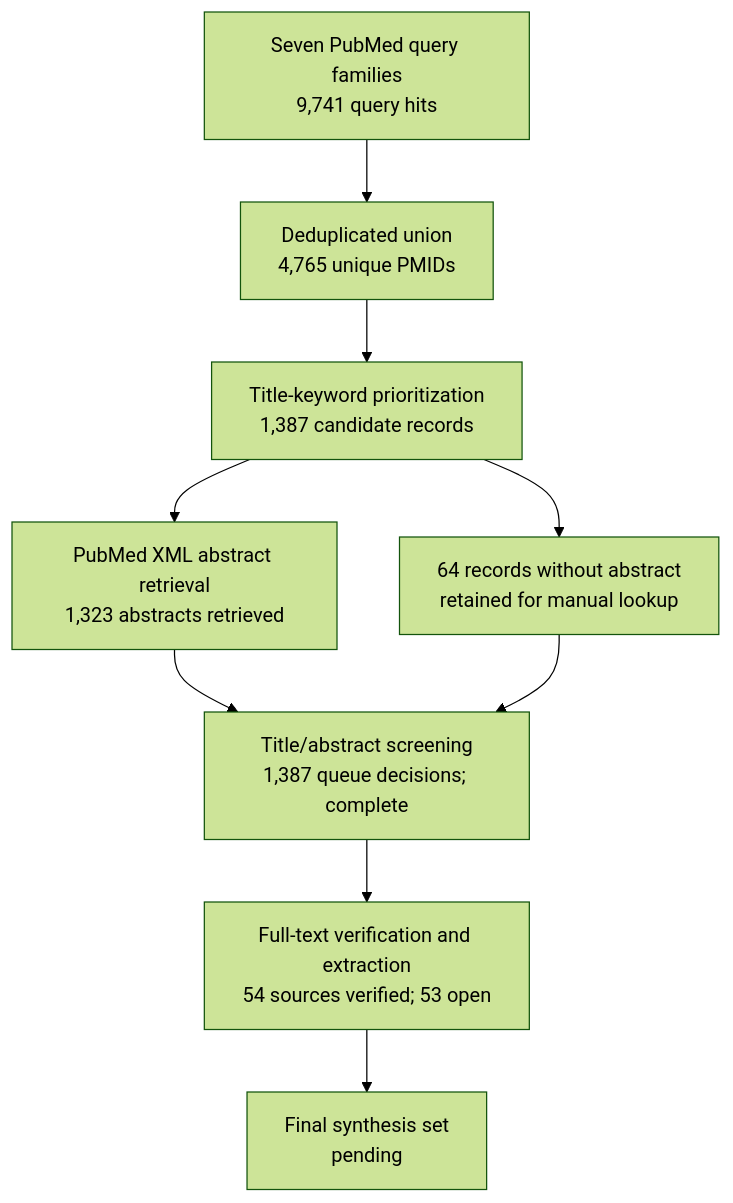
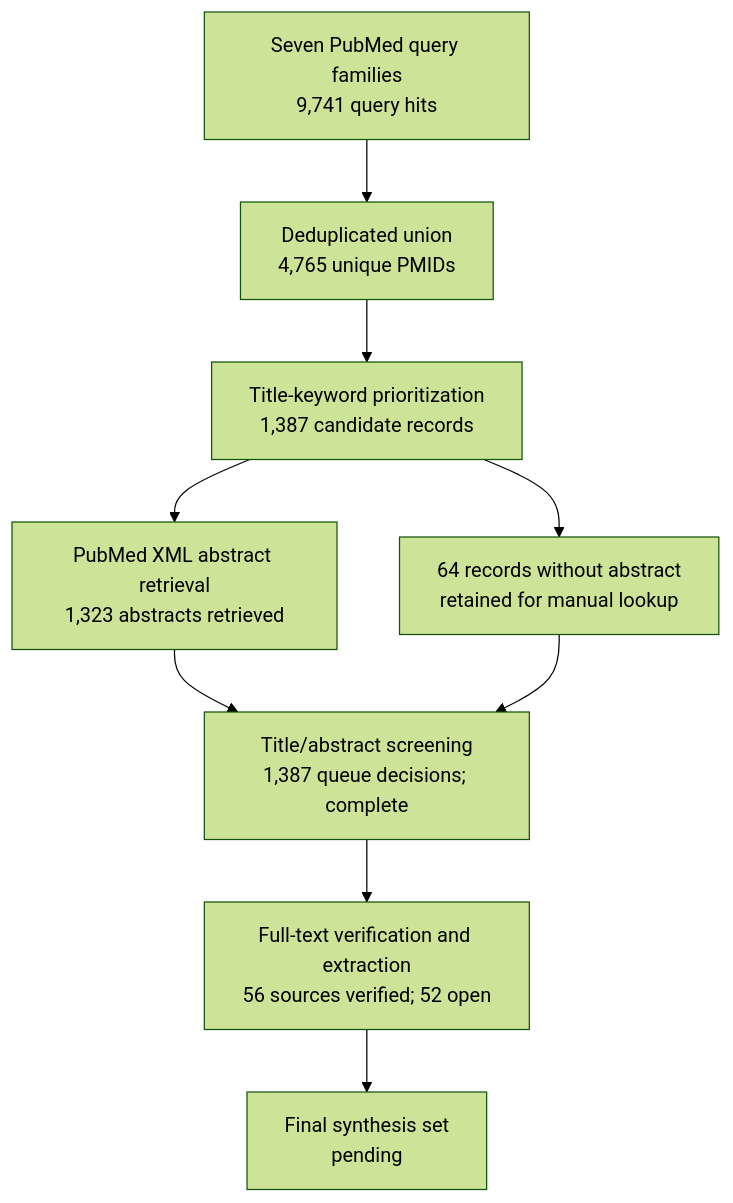
Before and after one commit to dcmcshan/artemisia: the diagram in manuscript/review-flow.md, drawn with Mermaid (forest theme). The commit also changed other lines of this file and 19 other files, not shown here.

Commit message:
Extend Artemisia full-text antiparasitic review

````diff
--- a/manuscript/review-flow.md
+++ b/manuscript/review-flow.md
@@ -5,11 +5,11 @@
 ```mermaid
 flowchart TB
   Q[Seven PubMed query families<br/>9,741 query hits] --> U[Deduplicated union<br/>4,765 unique PMIDs]
   U --> T[Title-keyword prioritization<br/>1,387 candidate records]
   T --> A[PubMed XML abstract retrieval<br/>1,323 abstracts retrieved]
   T --> N[64 records without abstract<br/>retained for manual lookup]
   A --> M[Title/abstract screening<br/>1,387 queue decisions; complete]
   N --> M
-  M --> F[Full-text verification and extraction<br/>54 sources verified; 53 open]
+  M --> F[Full-text verification and extraction<br/>56 sources verified; 52 open]
   F --> S[Final synthesis set<br/>pending]
 ```
````
